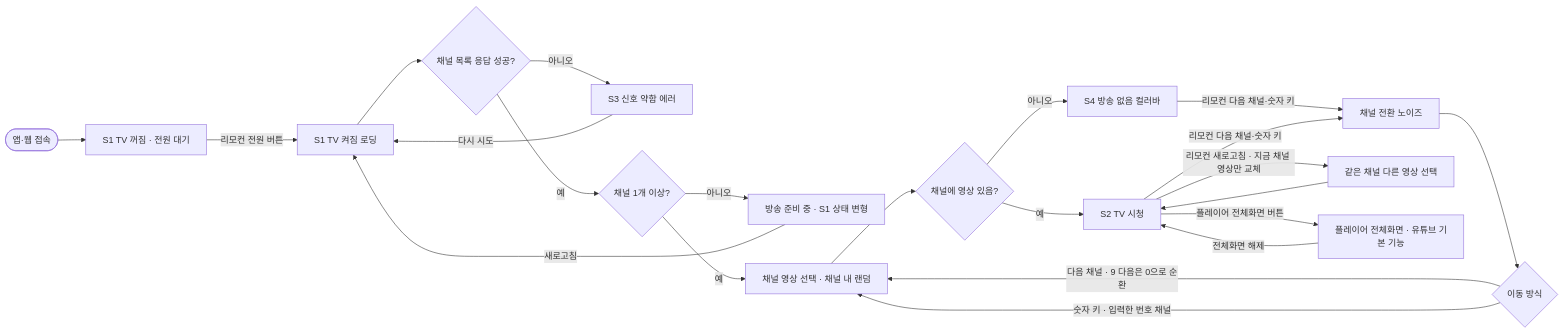
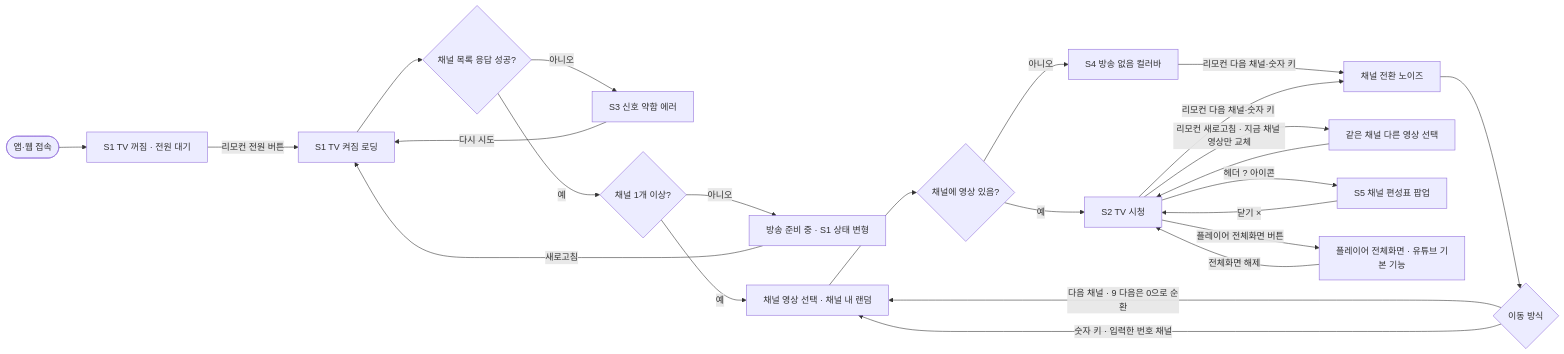
Before and after one commit to neordinary-hackathon-2/nerodinary_hackathon: the diagram in docs/planning/03-flow.md, drawn with Mermaid. The commit also changed other lines of this file and 1 other file, not shown here.

Commit message:
docs: Figma 와이어프레임 기준으로 정렬 (S5 편성표 팝업·F9, 헤더 ? 아이콘, 리모컨 구성)

````diff
--- a/docs/planning/03-flow.md
+++ b/docs/planning/03-flow.md
@@ -12,23 +12,24 @@
 ```mermaid
 flowchart LR
   A([앱·웹 접속]) --> O[S1 TV 꺼짐 · 전원 대기]
   O -->|리모컨 전원 버튼| B[S1 TV 켜짐 로딩]
   B --> Q1{채널 목록 응답 성공?}
   Q1 -->|아니오| E[S3 신호 약함 에러]
   E -->|다시 시도| B
   Q1 -->|예| Q2{채널 1개 이상?}
   Q2 -->|아니오| G[방송 준비 중 · S1 상태 변형]
   G -->|새로고침| B
   Q2 -->|예| P[채널 영상 선택 · 채널 내 랜덤]
   P --> Q3{채널에 영상 있음?}
   Q3 -->|예| C[S2 TV 시청]
   Q3 -->|아니오| F[S4 방송 없음 컬러바]
   F -->|리모컨 다음 채널·숫자 키| D
   C -->|리모컨 다음 채널·숫자 키| D[채널 전환 노이즈]
   C -->|리모컨 새로고침 · 지금 채널 영상만 교체| P2[같은 채널 다른 영상 선택] --> C
+  C -->|헤더 ? 아이콘| T[S5 채널 편성표 팝업] -->|닫기 ×| C
   C -->|플레이어 전체화면 버튼| H[플레이어 전체화면 · 유튜브 기본 기능]
   H -->|전체화면 해제| C
   D --> Q4{이동 방식}
   Q4 -->|다음 채널 · 9 다음은 0으로 순환| P
   Q4 -->|숫자 키 · 입력한 번호 채널| P
 ```
````
